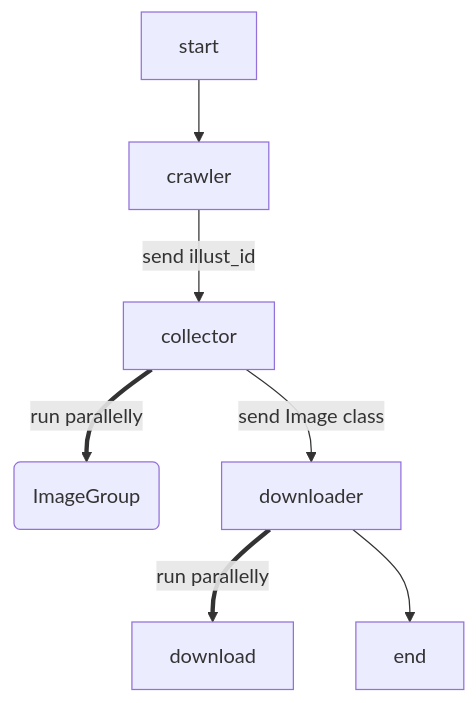
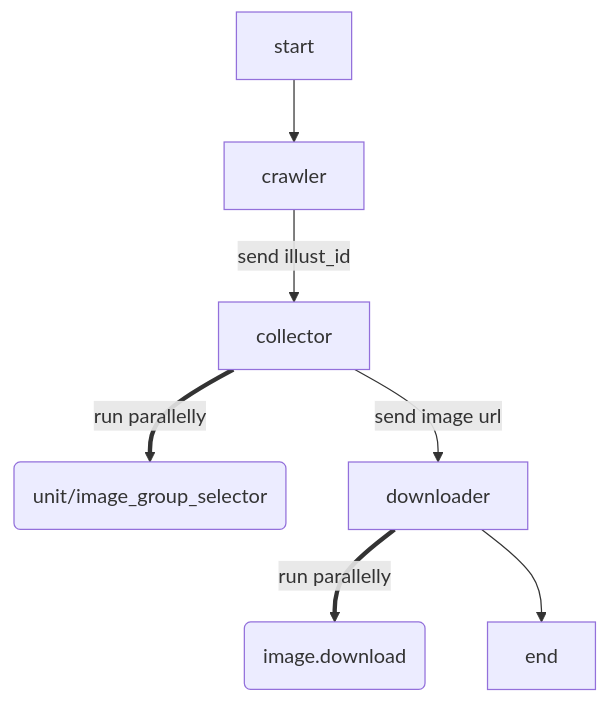
The diagram in README.md (CWHer/PixivCrawler), drawn with Mermaid before and after one commit. The commit also changed other lines of this file and 10 other files, not shown here.

````diff
--- a/README.md
+++ b/README.md
@@ -5,9 +5,9 @@
 ```mermaid
 graph TD;
 	F[start]-->A;
 	A[crawler]--send illust_id-->B[collector];
-	B==run parallelly==>C(ImageGroup);
-	B--send Image class-->D[downloader];
-	D==run parallelly==>download;
+	B==run parallelly==>C(unit/image_group_selector);
+	B--send image url-->D[downloader];
+	D==run parallelly==>G(image.download);
 	D-->E[end];
 ```
````
